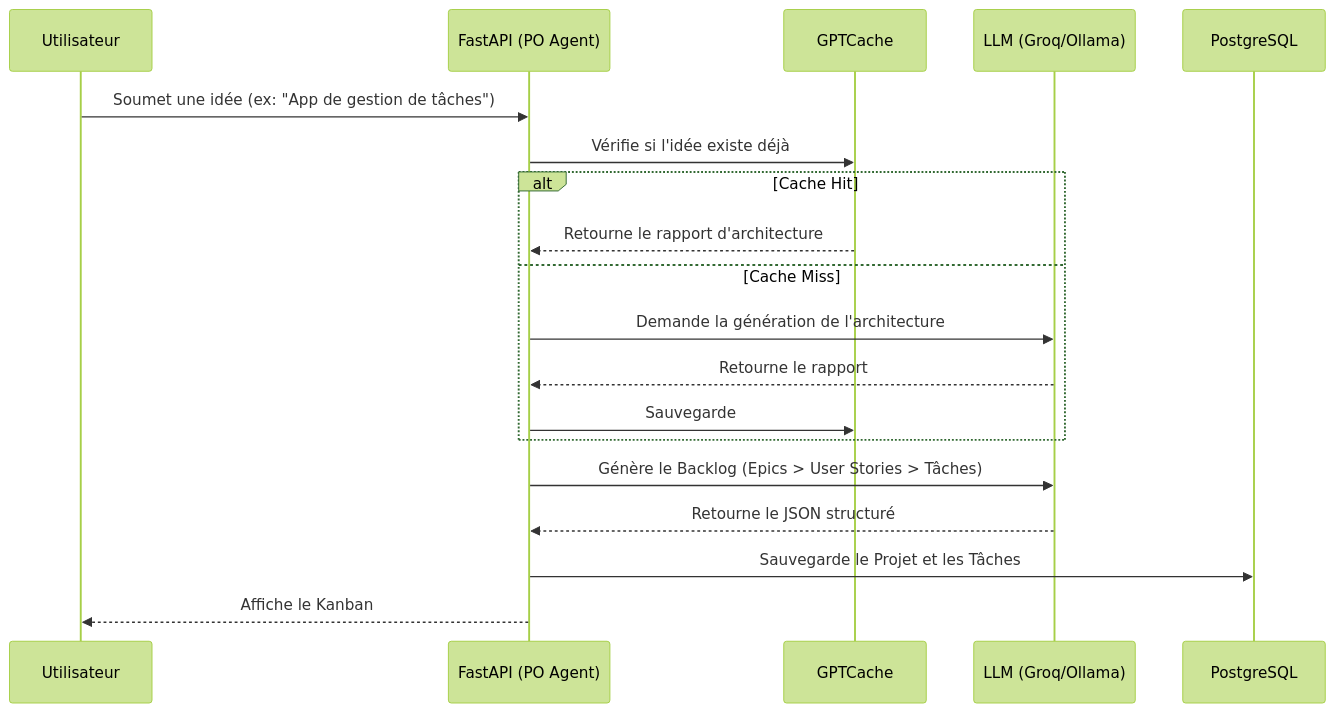
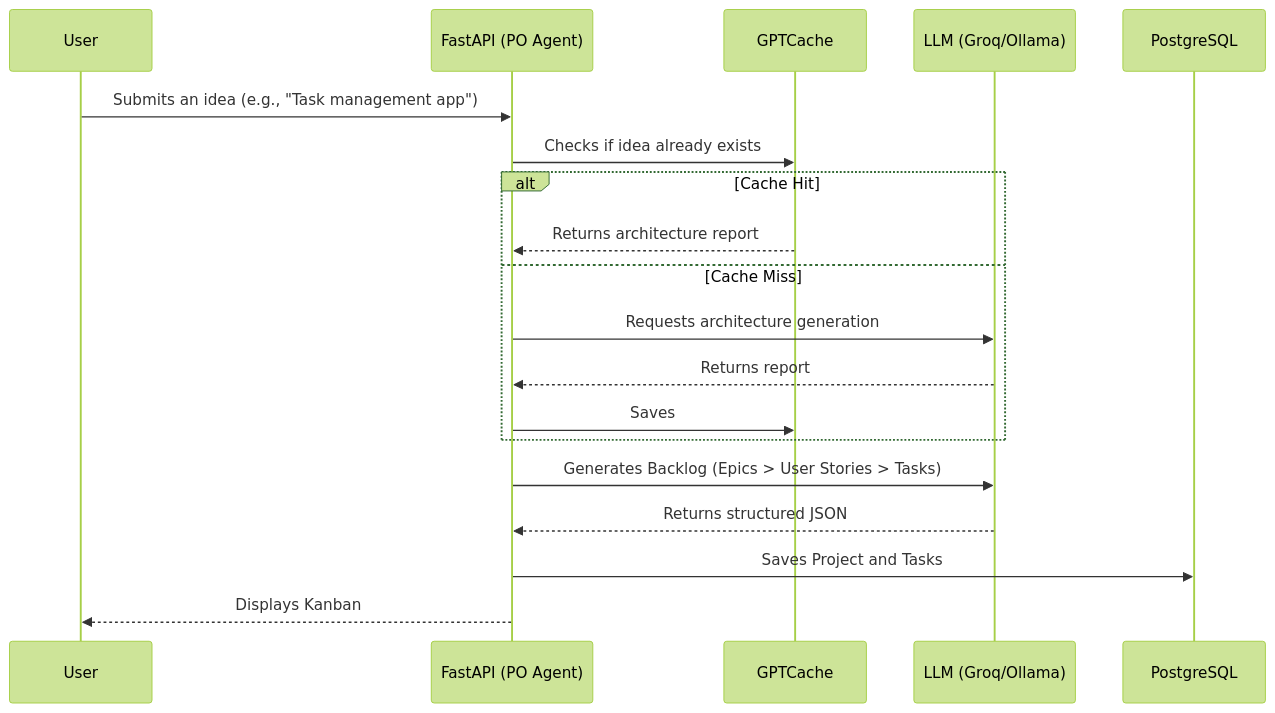
Before and after one commit to ABDELALIKHOLTY/TeraSprint: the first of 3 diagrams in backend/README.md, drawn with Mermaid (forest theme). The commit also changed other lines of this file and 2 other files, not shown here.

````diff
--- a/backend/README.md
+++ b/backend/README.md
@@ -25,22 +25,22 @@
 ```mermaid
 sequenceDiagram
-    participant User as Utilisateur
+    participant User as User
     participant API as FastAPI (PO Agent)
     participant Cache as GPTCache
     participant LLM as LLM (Groq/Ollama)
     participant DB as PostgreSQL
 
-    User->>API: Soumet une idée (ex: "App de gestion de tâches")
-    API->>Cache: Vérifie si l'idée existe déjà
+    User->>API: Submits an idea (e.g., "Task management app")
+    API->>Cache: Checks if idea already exists
     alt Cache Hit
-        Cache-->>API: Retourne le rapport d'architecture
+        Cache-->>API: Returns architecture report
     else Cache Miss
-        API->>LLM: Demande la génération de l'architecture
-        LLM-->>API: Retourne le rapport
-        API->>Cache: Sauvegarde
+        API->>LLM: Requests architecture generation
+        LLM-->>API: Returns report
+        API->>Cache: Saves
     end
-    API->>LLM: Génère le Backlog (Epics > User Stories > Tâches)
-    LLM-->>API: Retourne le JSON structuré
-    API->>DB: Sauvegarde le Projet et les Tâches
-    API-->>User: Affiche le Kanban
+    API->>LLM: Generates Backlog (Epics > User Stories > Tasks)
+    LLM-->>API: Returns structured JSON
+    API->>DB: Saves Project and Tasks
+    API-->>User: Displays Kanban
 ```
````
